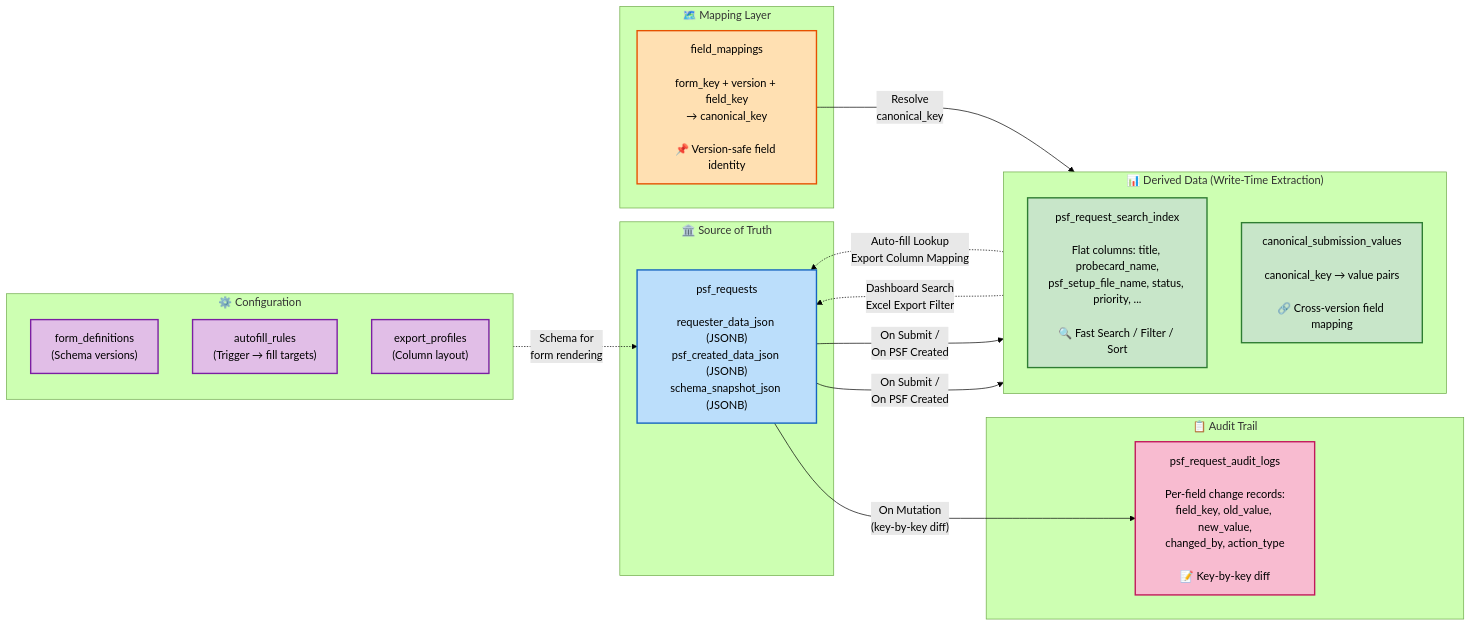
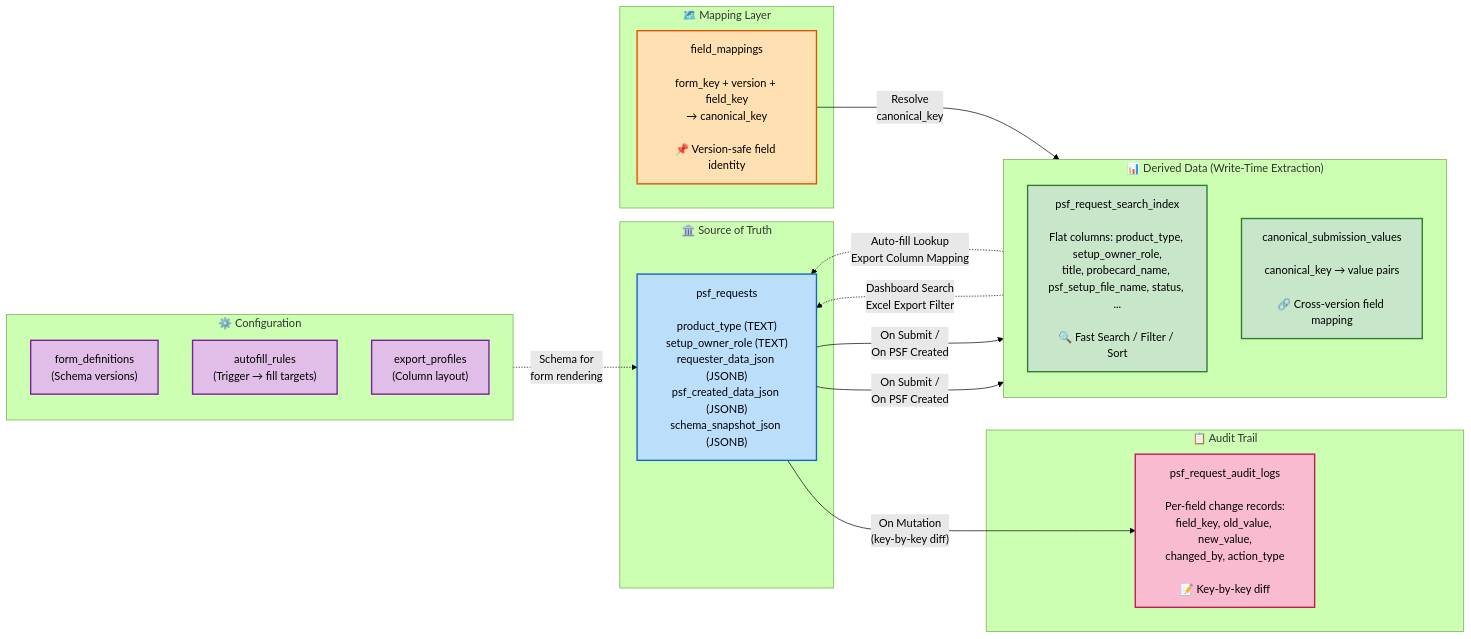
One commit to Kasidet4531/Web-Request-setup-file changed the third of 14 diagrams in docs/diagrams.md. Above: the diagram before and after it, drawn with Mermaid (forest theme). The commit also changed other lines of this file and 2 other files, not shown here.

Commit message:
docs: add setup owner sub-roles, product type, and email notifications

````diff
--- a/docs/diagrams.md
+++ b/docs/diagrams.md
@@ -211,50 +211,50 @@
 ```mermaid
 graph LR
     subgraph SourceOfTruth["🏛️ Source of Truth"]
-        REQ_TABLE["psf_requests<br/><br/>requester_data_json (JSONB)<br/>psf_created_data_json (JSONB)<br/>schema_snapshot_json (JSONB)"]
+        REQ_TABLE["psf_requests<br/><br/>product_type (TEXT)<br/>setup_owner_role (TEXT)<br/>requester_data_json (JSONB)<br/>psf_created_data_json (JSONB)<br/>schema_snapshot_json (JSONB)"]
     end
 
     subgraph DerivedData["📊 Derived Data (Write-Time Extraction)"]
         direction TB
-        SEARCH["psf_request_search_index<br/><br/>Flat columns: title, probecard_name,<br/>psf_setup_file_name, status, priority, ...<br/><br/>🔍 Fast Search / Filter / Sort"]
+        SEARCH["psf_request_search_index<br/><br/>Flat columns: product_type, setup_owner_role,<br/>title, probecard_name, psf_setup_file_name, status, ...<br/><br/>🔍 Fast Search / Filter / Sort"]
         CANONICAL["canonical_submission_values<br/><br/>canonical_key → value pairs<br/><br/>🔗 Cross-version field mapping"]
     end
 
     subgraph MappingLayer["🗺️ Mapping Layer"]
         FIELD_MAP["field_mappings<br/><br/>form_key + version + field_key<br/>→ canonical_key<br/><br/>📌 Version-safe field identity"]
     end
 
     subgraph AuditTrail["📋 Audit Trail"]
         AUDIT["psf_request_audit_logs<br/><br/>Per-field change records:<br/>field_key, old_value, new_value,<br/>changed_by, action_type<br/><br/>📝 Key-by-key diff"]
     end
 
     subgraph Config["⚙️ Configuration"]
         direction TB
         FORMS["form_definitions<br/>(Schema versions)"]
         AUTOFILL["autofill_rules<br/>(Trigger → fill targets)"]
         EXPORT["export_profiles<br/>(Column layout)"]
     end
 
     %% Write-time extraction flow
     REQ_TABLE -- "On Submit /<br/>On PSF Created" --> SEARCH
     REQ_TABLE -- "On Submit /<br/>On PSF Created" --> CANONICAL
     FIELD_MAP -- "Resolve<br/>canonical_key" --> CANONICAL
     REQ_TABLE -- "On Mutation<br/>(key-by-key diff)" --> AUDIT
 
     %% Read paths
     SEARCH -. "Dashboard Search<br/>Excel Export Filter" .-> REQ_TABLE
     CANONICAL -. "Auto-fill Lookup<br/>Export Column Mapping" .-> REQ_TABLE
     FORMS -. "Schema for<br/>form rendering" .-> REQ_TABLE
 
     classDef source fill:#BBDEFB,stroke:#1565C0,stroke-width:2px
     classDef derived fill:#C8E6C9,stroke:#2E7D32,stroke-width:2px
     classDef mapping fill:#FFE0B2,stroke:#E65100,stroke-width:2px
     classDef audit fill:#F8BBD0,stroke:#C2185B,stroke-width:2px
     classDef config fill:#E1BEE7,stroke:#7B1FA2,stroke-width:2px
 
     class REQ_TABLE source
     class SEARCH,CANONICAL derived
     class FIELD_MAP mapping
     class AUDIT audit
     class FORMS,AUTOFILL,EXPORT config
 ```
````
